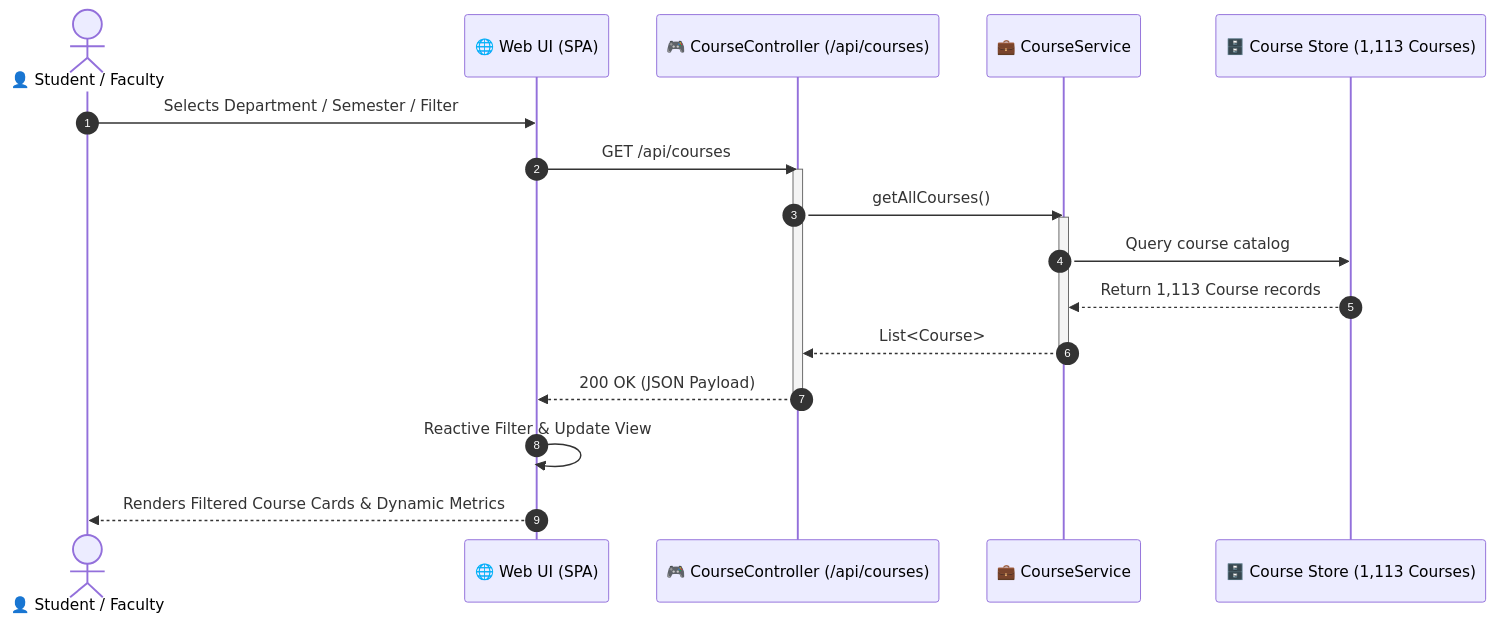
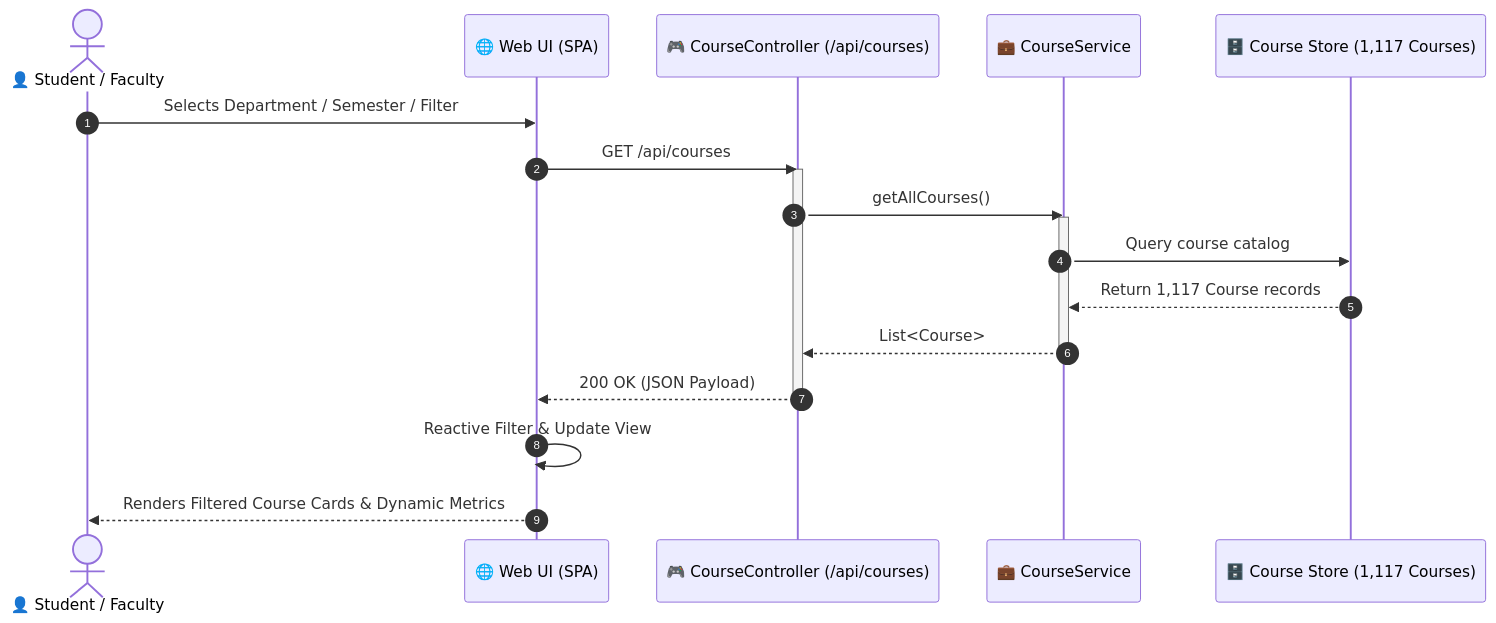
Before and after one commit to Ridwanulkarim/iiucRESTAPI: the second of 2 diagrams in README.md, drawn with Mermaid. The commit also changed other lines of this file and 4 other files, not shown here.

````diff
--- a/README.md
+++ b/README.md
@@ -100,23 +100,23 @@
 ```mermaid
 sequenceDiagram
     autonumber
     actor User as 👤 Student / Faculty
     participant Browser as 🌐 Web UI (SPA)
     participant Controller as 🎮 CourseController (/api/courses)
     participant Service as 💼 CourseService
-    participant Store as 🗄️ Course Store (1,113 Courses)
+    participant Store as 🗄️ Course Store (1,117 Courses)
 
     User->>Browser: Selects Department / Semester / Filter
     Browser->>Controller: GET /api/courses
     activate Controller
     Controller->>Service: getAllCourses()
     activate Service
     Service->>Store: Query course catalog
-    Store-->>Service: Return 1,113 Course records
+    Store-->>Service: Return 1,117 Course records
     Service-->>Controller: List<Course>
     deactivate Service
     Controller-->>Browser: 200 OK (JSON Payload)
     deactivate Controller
     Browser->>Browser: Reactive Filter & Update View
     Browser-->>User: Renders Filtered Course Cards & Dynamic Metrics
 ```
````
